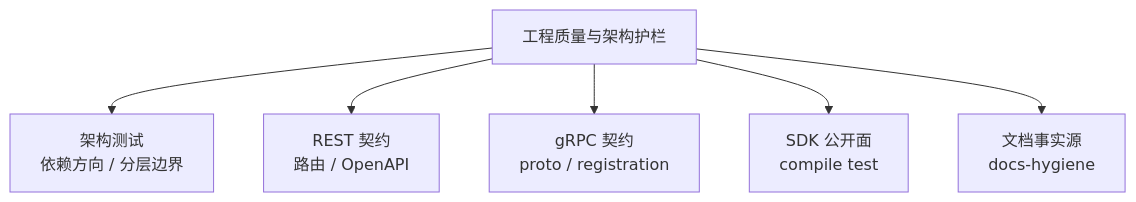
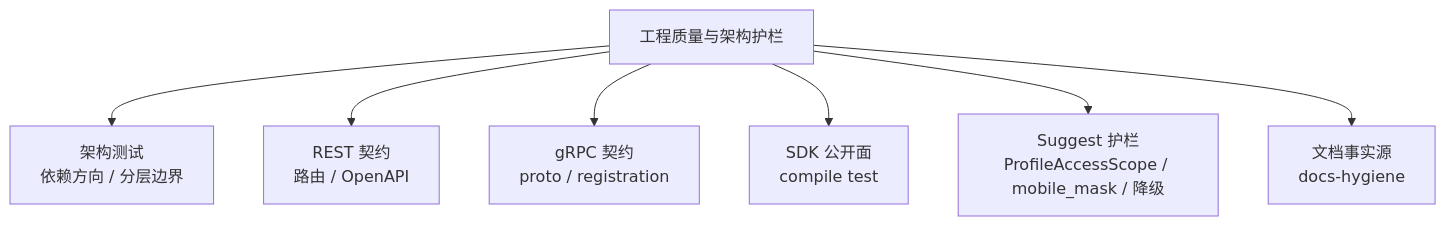
One commit to FangcunMount/iam changed diagram 28 of 35 in docs/07-宣讲/12-架构图素材索引.md. Above: the diagram before and after it, drawn with Mermaid. The commit also changed other lines of this file and 16 other files, not shown here.

````diff
--- a/docs/07-宣讲/12-架构图素材索引.md
+++ b/docs/07-宣讲/12-架构图素材索引.md
@@ -1381,16 +1459,18 @@
 ```mermaid
 flowchart TD
     Quality["工程质量与架构护栏"]
 
     Arch["架构测试<br/>依赖方向 / 分层边界"]
     REST["REST 契约<br/>路由 / OpenAPI"]
     GRPC["gRPC 契约<br/>proto / registration"]
     SDK["SDK 公开面<br/>compile test"]
+    SuggestGuard["Suggest 护栏<br/>ProfileAccessScope / mobile_mask / 降级"]
     Docs["文档事实源<br/>docs-hygiene"]
 
     Quality --> Arch
     Quality --> REST
     Quality --> GRPC
     Quality --> SDK
+    Quality --> SuggestGuard
     Quality --> Docs
 ```
````
